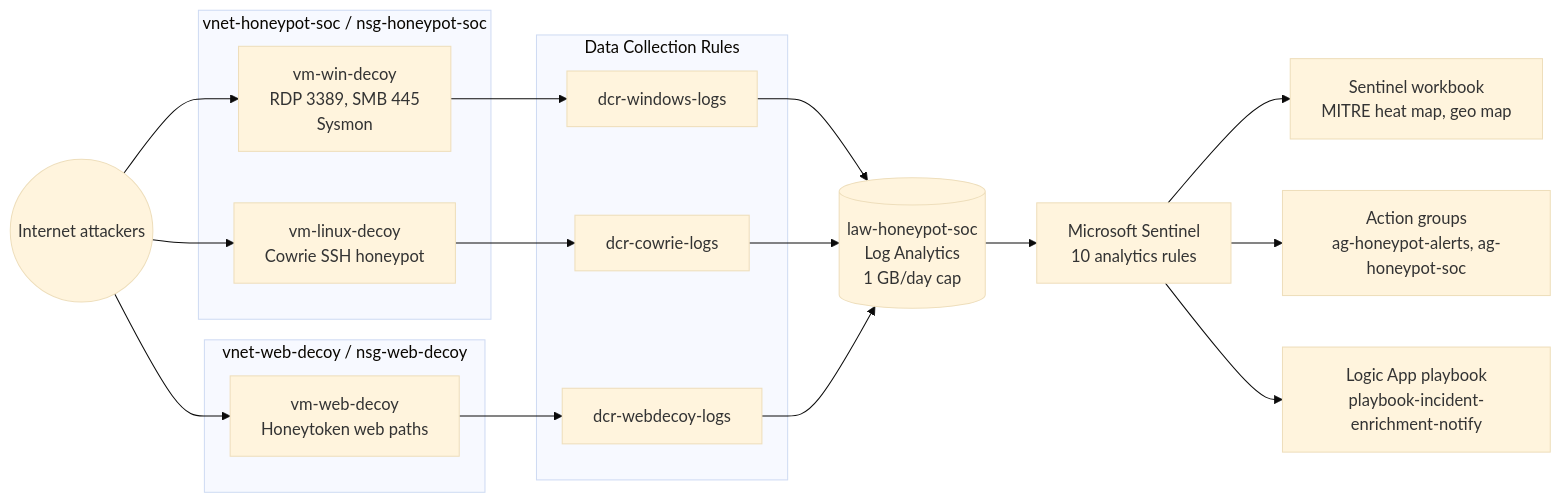
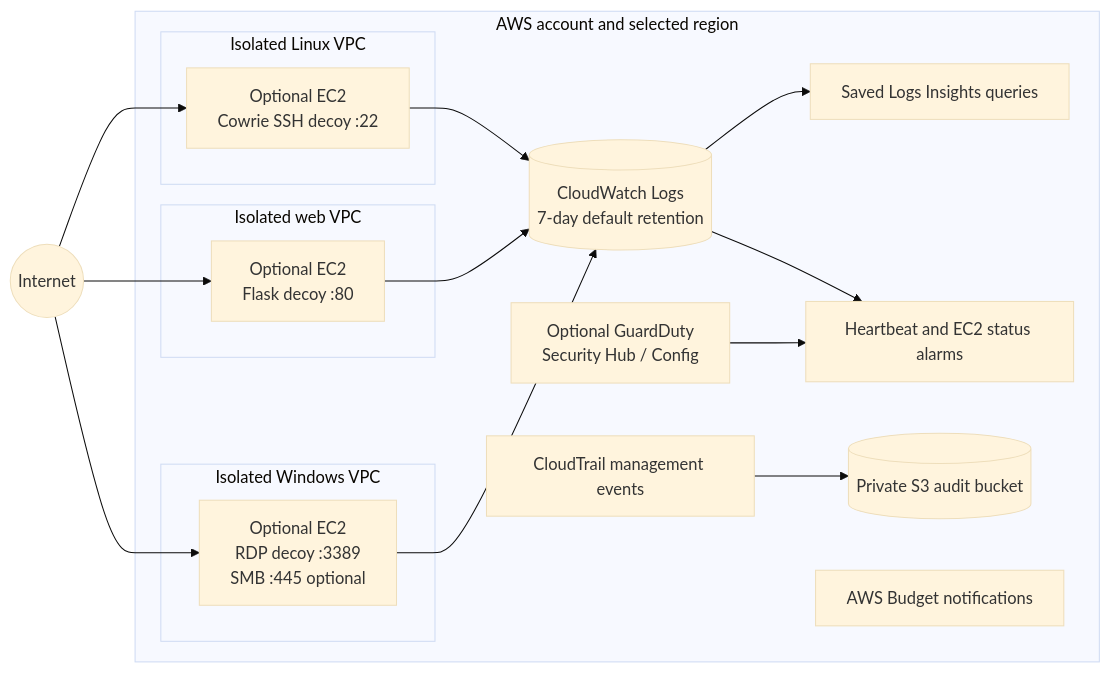
One commit to Bigsnack7/Terraform-Honeypot_Lab changed the diagram in README.md. Above: the diagram before and after it, drawn with Mermaid (base theme). The commit also changed other lines of this file and 115 other files, not shown here.

Commit message:
Migrate honeypot SOC lab from Azure/Bicep to AWS/Terraform

````diff
--- a/README.md
+++ b/README.md
@@ -49,36 +52,32 @@
 ```mermaid
 flowchart LR
-    Internet((Internet attackers))
-
-    subgraph VNET1["vnet-honeypot-soc / nsg-honeypot-soc"]
-        WIN["vm-win-decoy<br/>RDP 3389, SMB 445<br/>Sysmon"]
-        LNX["vm-linux-decoy<br/>Cowrie SSH honeypot"]
+  Internet((Internet))
+  subgraph AWS["AWS account and selected region"]
+    subgraph Linux["Isolated Linux VPC"]
+      Cowrie["Optional EC2<br/>Cowrie SSH decoy :22"]
     end
-
-    subgraph VNET2["vnet-web-decoy / nsg-web-decoy"]
-        WEB["vm-web-decoy<br/>Honeytoken web paths"]
+    subgraph WebVPC["Isolated web VPC"]
+      Web["Optional EC2<br/>Flask decoy :80"]
     end
-
-    subgraph DCR["Data Collection Rules"]
-        D1[dcr-windows-logs]
-        D2[dcr-cowrie-logs]
-        D3[dcr-webdecoy-logs]
+    subgraph WindowsVPC["Isolated Windows VPC"]
+      Windows["Optional EC2<br/>RDP decoy :3389<br/>SMB :445 optional"]
     end
-
-    LAW[("law-honeypot-soc<br/>Log Analytics<br/>1 GB/day cap")]
-    SENT["Microsoft Sentinel<br/>10 analytics rules"]
-    WB["Sentinel workbook<br/>MITRE heat map, geo map"]
-    AG["Action groups<br/>ag-honeypot-alerts, ag-honeypot-soc"]
-    LA["Logic App playbook<br/>playbook-incident-enrichment-notify"]
-
-    Internet --> WIN
-    Internet --> LNX
-    Internet --> WEB
-    WIN --> D1 --> LAW
-    LNX --> D2 --> LAW
-    WEB --> D3 --> LAW
-    LAW --> SENT
-    SENT --> WB
-    SENT --> AG
-    SENT --> LA
+    Logs[("CloudWatch Logs<br/>7-day default retention")]
+    Queries["Saved Logs Insights queries"]
+    Alarms["Heartbeat and EC2 status alarms"]
+    Trail["CloudTrail management events"]
+    Audit[("Private S3 audit bucket")]
+    Budget["AWS Budget notifications"]
+    Optional["Optional GuardDuty<br/>Security Hub / Config"]
+  end
+  Internet --> Cowrie
+  Internet --> Web
+  Internet --> Windows
+  Cowrie --> Logs
+  Web --> Logs
+  Windows --> Logs
+  Logs --> Queries
+  Logs --> Alarms
+  Trail --> Audit
+  Optional --> Alarms
 ```
````
